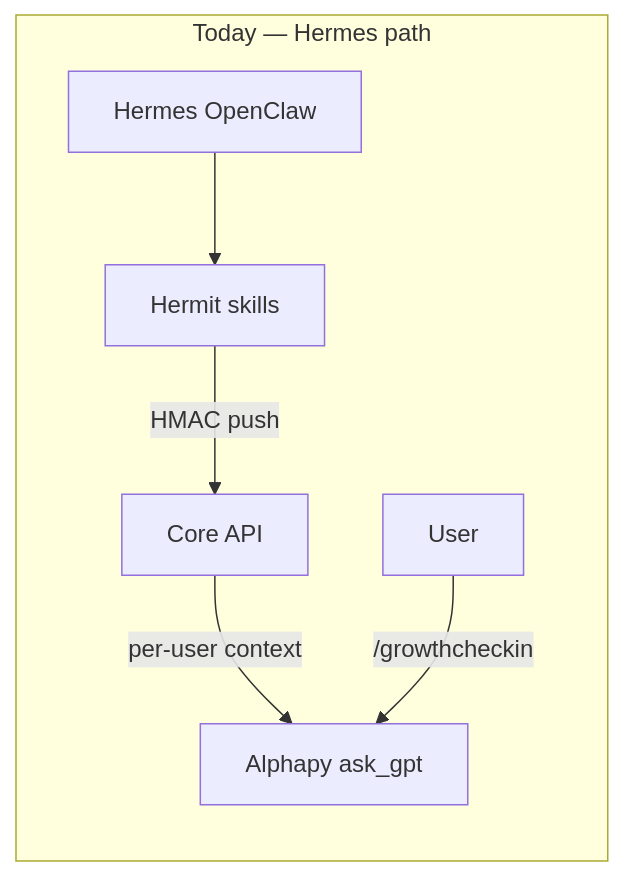
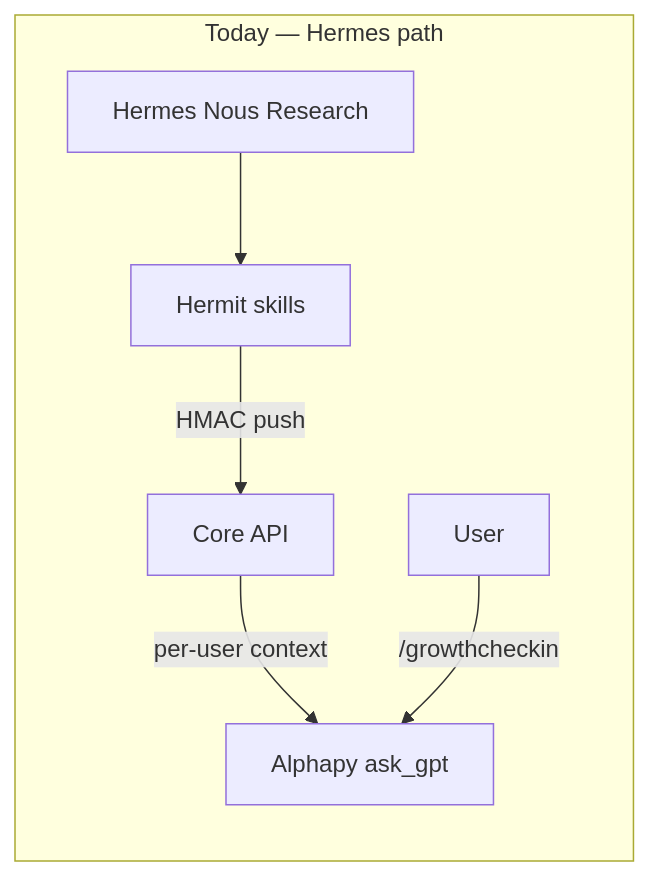
The diagram in docs/alphapy-agents-architecture.md (Innersync-tech/alphapy), drawn with Mermaid before and after one commit. The commit also changed other lines of this file and 1 other file, not shown here.

First line of the commit message:
Docs: Hermes is Nous Research, not OpenClaw

````diff
--- a/docs/alphapy-agents-architecture.md
+++ b/docs/alphapy-agents-architecture.md
@@ -20,9 +22,9 @@
 ```mermaid
 flowchart LR
   subgraph today [Today — Hermes path]
-    Hermes[Hermes OpenClaw] --> Hermit[Hermit skills]
+    Hermes[Hermes Nous Research] --> Hermit[Hermit skills]
     Hermit -->|HMAC push| Core[Core API]
     Core -->|per-user context| Alphapy[Alphapy ask_gpt]
     User1[User] -->|/growthcheckin| Alphapy
   end
 ```
````
